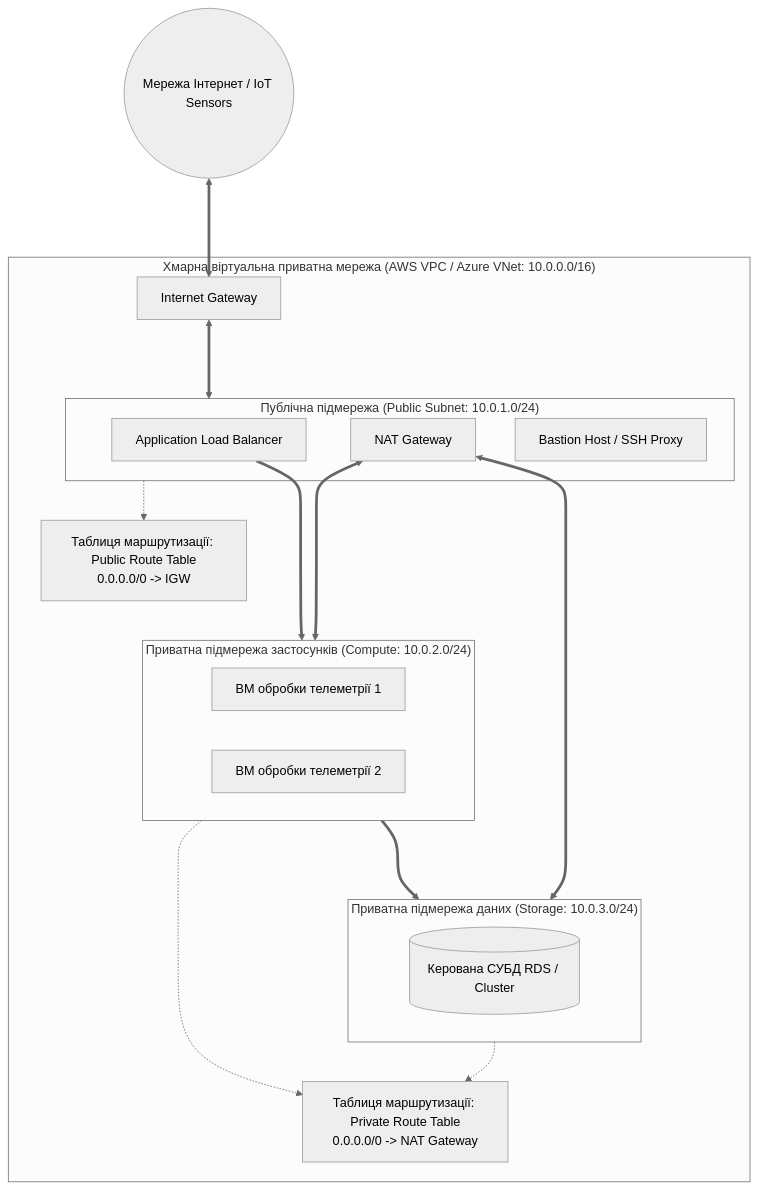
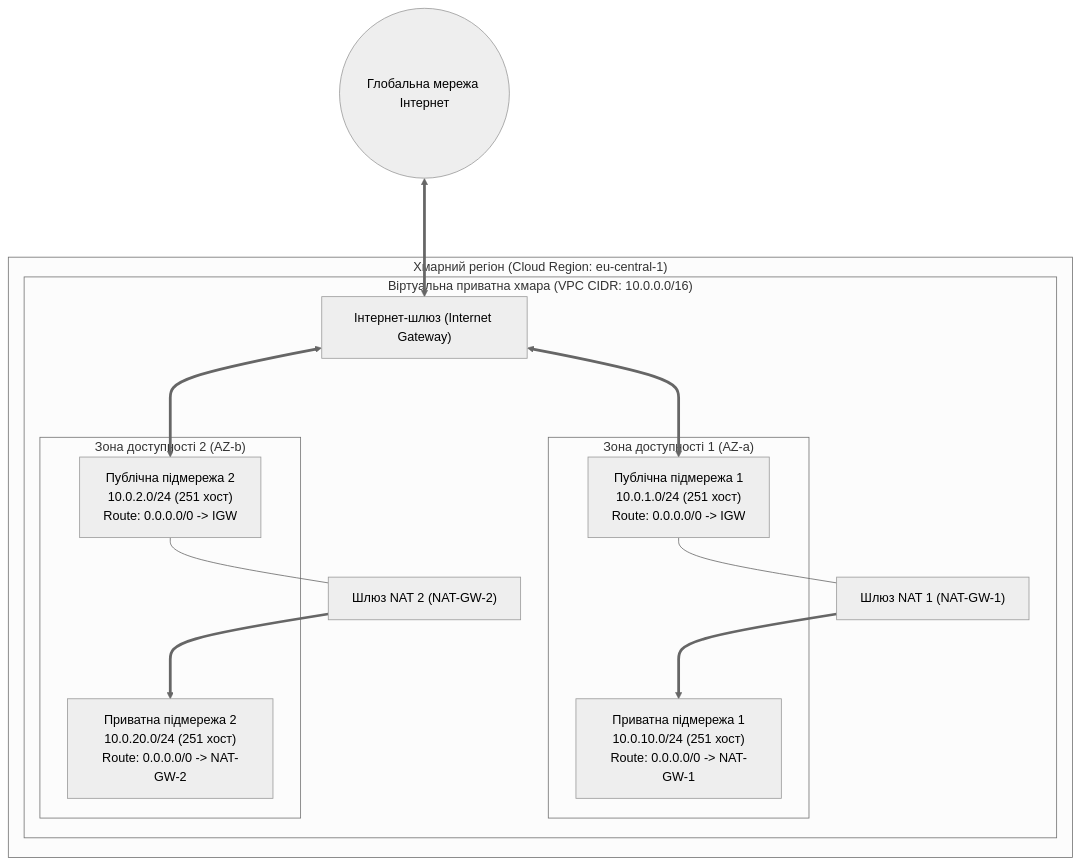
Before and after one commit to KyryloVadurin/cloud-technologies: the first of 5 diagrams in docs/lk/lk3.md, drawn with Mermaid (neutral theme). The commit also changed other lines of this file, not shown here.

````diff
--- a/docs/lk/lk3.md
+++ b/docs/lk/lk3.md
@@ -15,34 +77,32 @@
 ```mermaid
 flowchart TD
-    subgraph VPC ["Хмарна віртуальна приватна мережа (AWS VPC / Azure VNet: 10.0.0.0/16)"]
-        subgraph PublicSubnet ["Публічна підмережа (Public Subnet: 10.0.1.0/24)"]
-            ALB[Application Load Balancer]
-            NAT_GW[NAT Gateway]
-            Bastion[Bastion Host / SSH Proxy]
+    subgraph Region ["Хмарний регіон (Cloud Region: eu-central-1)"]
+        subgraph VPC ["Віртуальна приватна хмара (VPC CIDR: 10.0.0.0/16)"]
+            
+            subgraph AZ1 ["Зона доступності 1 (AZ-a)"]
+                PubSub1["Публічна підмережа 1<br/>10.0.1.0/24 (251 хост)<br/>Route: 0.0.0.0/0 -> IGW"]
+                PrivSub1["Приватна підмережа 1<br/>10.0.10.0/24 (251 хост)<br/>Route: 0.0.0.0/0 -> NAT-GW-1"]
+            end
+            
+            subgraph AZ2 ["Зона доступності 2 (AZ-b)"]
+                PubSub2["Публічна підмережа 2<br/>10.0.2.0/24 (251 хост)<br/>Route: 0.0.0.0/0 -> IGW"]
+                PrivSub2["Приватна підмережа 2<br/>10.0.20.0/24 (251 хост)<br/>Route: 0.0.0.0/0 -> NAT-GW-2"]
+            end
+            
+            IGW["Інтернет-шлюз (Internet Gateway)"]
+            NAT1["Шлюз NAT 1 (NAT-GW-1)"]
+            NAT2["Шлюз NAT 2 (NAT-GW-2)"]
+            
         end
-
-        subgraph PrivateSubnetApp ["Приватна підмережа застосунків (Compute: 10.0.2.0/24)"]
-            VM1[ВМ обробки телеметрії 1]
-            VM2[ВМ обробки телеметрії 2]
-        end
-
-        subgraph PrivateSubnetDB ["Приватна підмережа даних (Storage: 10.0.3.0/24)"]
-            RDS[(Керована СУБД RDS / Cluster)]
-        end
-        
-        IGW[Internet Gateway]
-        RT_Pub[Таблиця маршрутизації: Public Route Table<br/>0.0.0.0/0 -> IGW]
-        RT_Priv[Таблиця маршрутизації: Private Route Table<br/>0.0.0.0/0 -> NAT Gateway]
     end
 
-    Internet((Мережа Інтернет / IoT Sensors)) <===> IGW
-    IGW <===> PublicSubnet
-    PublicSubnet -.-> RT_Pub
-    PrivateSubnetApp -.-> RT_Priv
-    PrivateSubnetDB -.-> RT_Priv
+    ExtNet(("Глобальна мережа Інтернет")) <===> IGW
+    IGW <===> PubSub1
+    IGW <===> PubSub2
     
-    NAT_GW <===> PrivateSubnetApp
-    NAT_GW <===> PrivateSubnetDB
-    ALB ===> PrivateSubnetApp
-    PrivateSubnetApp ===> PrivateSubnetDB
+    PubSub1 --- NAT1
+    PubSub2 --- NAT2
+    
+    NAT1 ===> PrivSub1
+    NAT2 ===> PrivSub2
 ```
````
